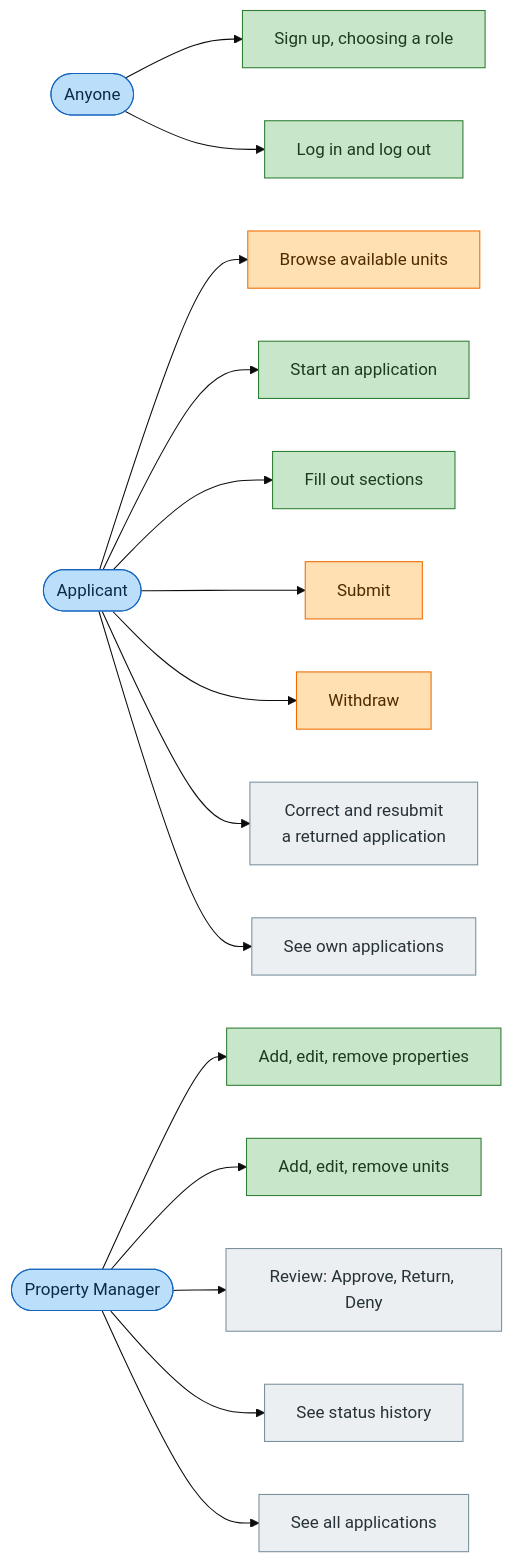
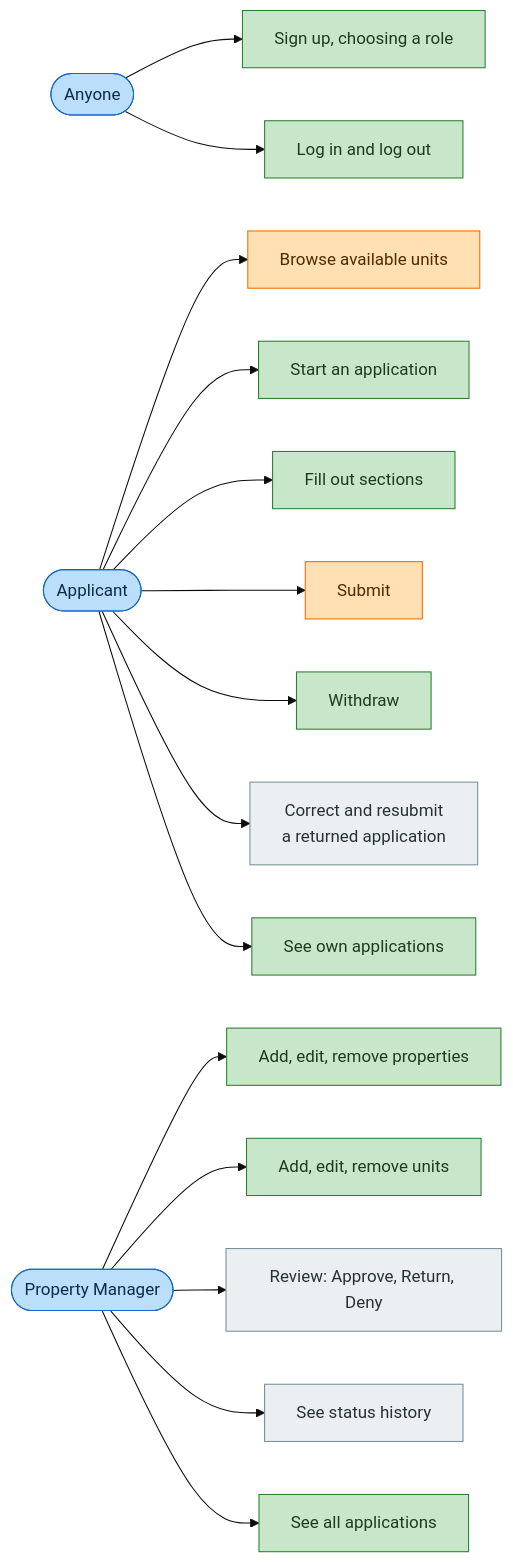
One commit to breps83/troy-rentalportal changed the second of 7 diagrams in docs/diagrams.md. Above: the diagram before and after it, drawn with Mermaid (base theme). The commit also changed other lines of this file and 1 other file, not shown here.

First line of the commit message:
Document withdrawal and application list progress

````diff
--- a/docs/diagrams.md
+++ b/docs/diagrams.md
@@ -67,28 +68,28 @@
 ```mermaid
 flowchart LR
     classDef done fill:#c8e6c9,stroke:#2e7d32,color:#1b3d1f
     classDef partial fill:#ffe0b2,stroke:#ef6c00,color:#4e2a00
     classDef todo fill:#eceff1,stroke:#78909c,color:#263238
     classDef actor fill:#bbdefb,stroke:#1565c0,color:#0d2a4a
 
     Anyone(["Anyone"]):::actor
     A(["Applicant"]):::actor
     PM(["Property Manager"]):::actor
 
     Anyone --> SignUp["Sign up, choosing a role"]:::done
     Anyone --> LogIn["Log in and log out"]:::done
 
     A --> Browse["Browse available units"]:::partial
     A --> Start["Start an application"]:::done
     A --> Fill["Fill out sections"]:::done
     A --> Submit["Submit"]:::partial
-    A --> Withdraw["Withdraw"]:::partial
+    A --> Withdraw["Withdraw"]:::done
     A --> Resubmit["Correct and resubmit<br/>a returned application"]:::todo
-    A --> OwnList["See own applications"]:::todo
+    A --> OwnList["See own applications"]:::done
 
     PM --> Props["Add, edit, remove properties"]:::done
     PM --> Units["Add, edit, remove units"]:::done
     PM --> Review["Review: Approve, Return, Deny"]:::todo
     PM --> History["See status history"]:::todo
-    PM --> AllList["See all applications"]:::todo
+    PM --> AllList["See all applications"]:::done
 ```
````
